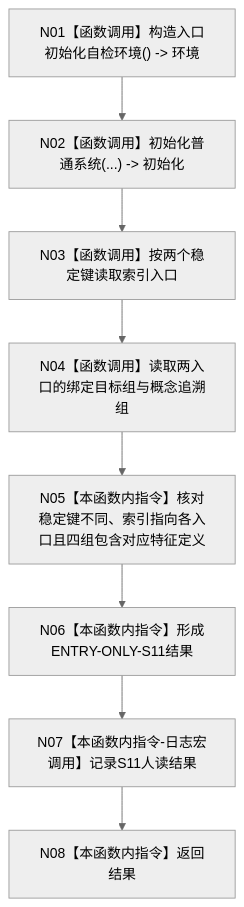
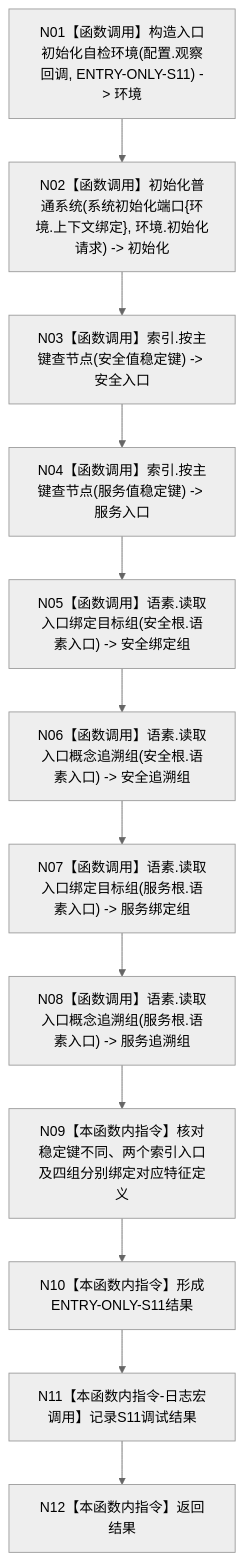
One commit to chunhaizh-cyber/HY-Ego changed the diagram in 流程图/20260726_ENTRY-ONLY_S11_根需求稳定语义与特征定义_施工流程图_v0.1.md. Above: the diagram before and after it, drawn with Mermaid (neutral theme). The commit also changed other lines of this file and 54 other files, not shown here.

Commit message:
修订 ENTRY-ONLY 入口职责设计包

````diff
--- a/流程图/20260726_ENTRY-ONLY_S11_根需求稳定语义与特征定义_施工流程图_v0.1.md
+++ b/流程图/20260726_ENTRY-ONLY_S11_根需求稳定语义与特征定义_施工流程图_v0.1.md
@@ -27,10 +27,14 @@
 ```mermaid
 flowchart TD
-    N01["N01【函数调用】构造入口初始化自检环境() -> 环境"] --> N02["N02【函数调用】初始化普通系统(...) -> 初始化"]
-    N02 --> N03["N03【函数调用】按两个稳定键读取索引入口"]
-    N03 --> N04["N04【函数调用】读取两入口的绑定目标组与概念追溯组"]
-    N04 --> N05["N05【本函数内指令】核对稳定键不同、索引指向各入口且四组包含对应特征定义"]
-    N05 --> N06["N06【本函数内指令】形成ENTRY-ONLY-S11结果"]
-    N06 --> N07["N07【本函数内指令-日志宏调用】记录S11人读结果"]
-    N07 --> N08["N08【本函数内指令】返回结果"]
+    N01["N01【函数调用】构造入口初始化自检环境(配置.观察回调, ENTRY-ONLY-S11) -> 环境"] --> N02["N02【函数调用】初始化普通系统(系统初始化端口{环境.上下文绑定}, 环境.初始化请求) -> 初始化"]
+    N02 --> N03["N03【函数调用】索引.按主键查节点(安全值稳定键) -> 安全入口"]
+    N03 --> N04["N04【函数调用】索引.按主键查节点(服务值稳定键) -> 服务入口"]
+    N04 --> N05["N05【函数调用】语素.读取入口绑定目标组(安全根.语素入口) -> 安全绑定组"]
+    N05 --> N06["N06【函数调用】语素.读取入口概念追溯组(安全根.语素入口) -> 安全追溯组"]
+    N06 --> N07["N07【函数调用】语素.读取入口绑定目标组(服务根.语素入口) -> 服务绑定组"]
+    N07 --> N08["N08【函数调用】语素.读取入口概念追溯组(服务根.语素入口) -> 服务追溯组"]
+    N08 --> N09["N09【本函数内指令】核对稳定键不同、两个索引入口及四组分别绑定对应特征定义"]
+    N09 --> N10["N10【本函数内指令】形成ENTRY-ONLY-S11结果"]
+    N10 --> N11["N11【本函数内指令-日志宏调用】记录S11调试结果"]
+    N11 --> N12["N12【本函数内指令】返回结果"]
 ```
````
